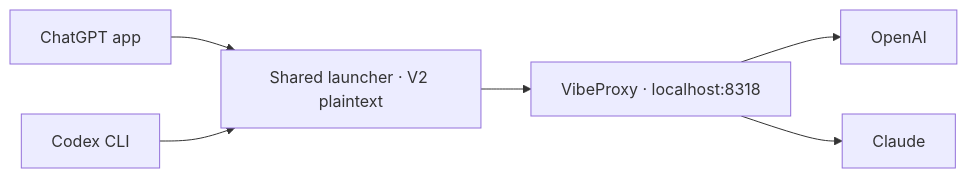
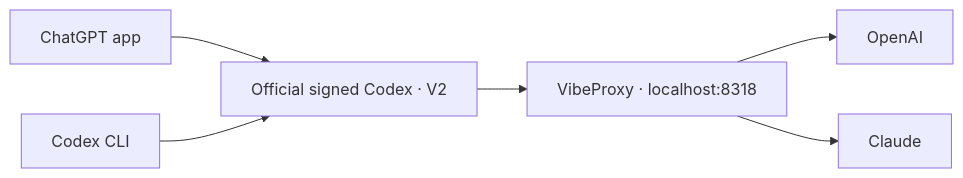
The diagram in readme.md (cgasgarth/codex), drawn with Mermaid before and after one commit. The commit also changed other lines of this file and 15 other files, not shown here.

Commit message:
Use built-in VibeProxy V2 compatibility with the signed Codex backend

````diff
--- a/readme.md
+++ b/readme.md
@@ -5,8 +5,8 @@
 ```mermaid
 flowchart LR
-    App[ChatGPT app] --> Launcher[Shared launcher · V2 plaintext]
-    CLI[Codex CLI] --> Launcher
-    Launcher --> Proxy[VibeProxy · localhost:8318]
+    App[ChatGPT app] --> Codex[Official signed Codex · V2]
+    CLI[Codex CLI] --> Codex
+    Codex --> Proxy[VibeProxy · localhost:8318]
     Proxy --> OpenAI
     Proxy --> Claude
 ```
````
